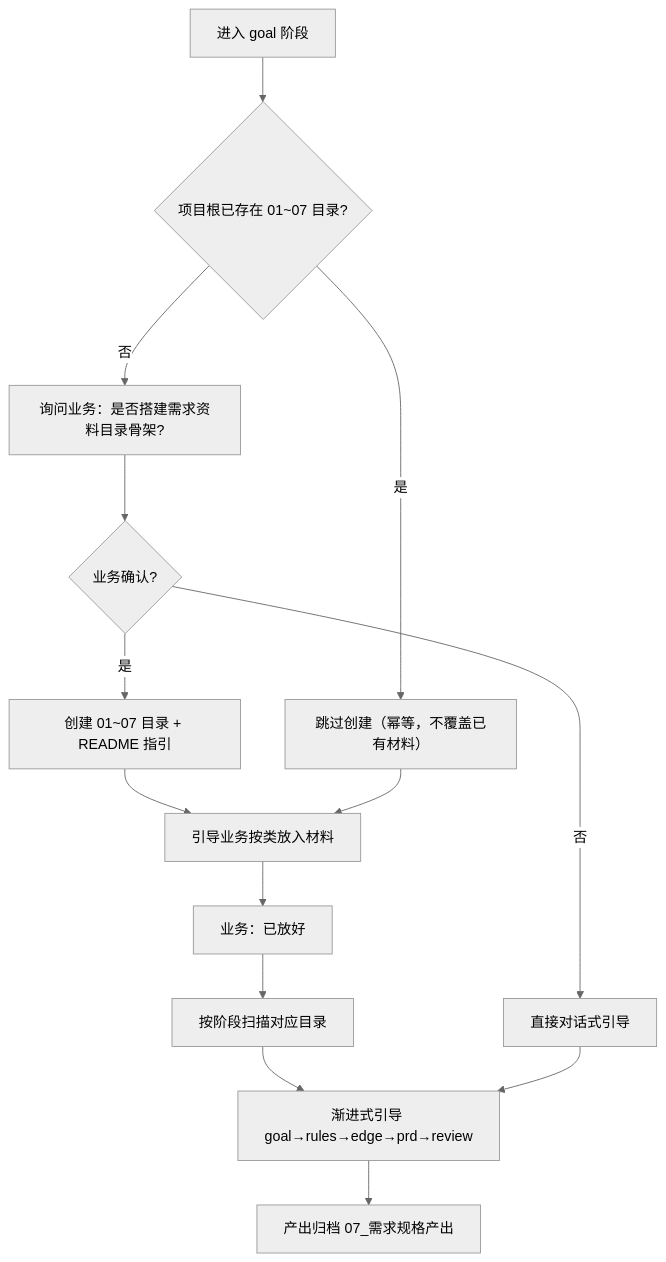
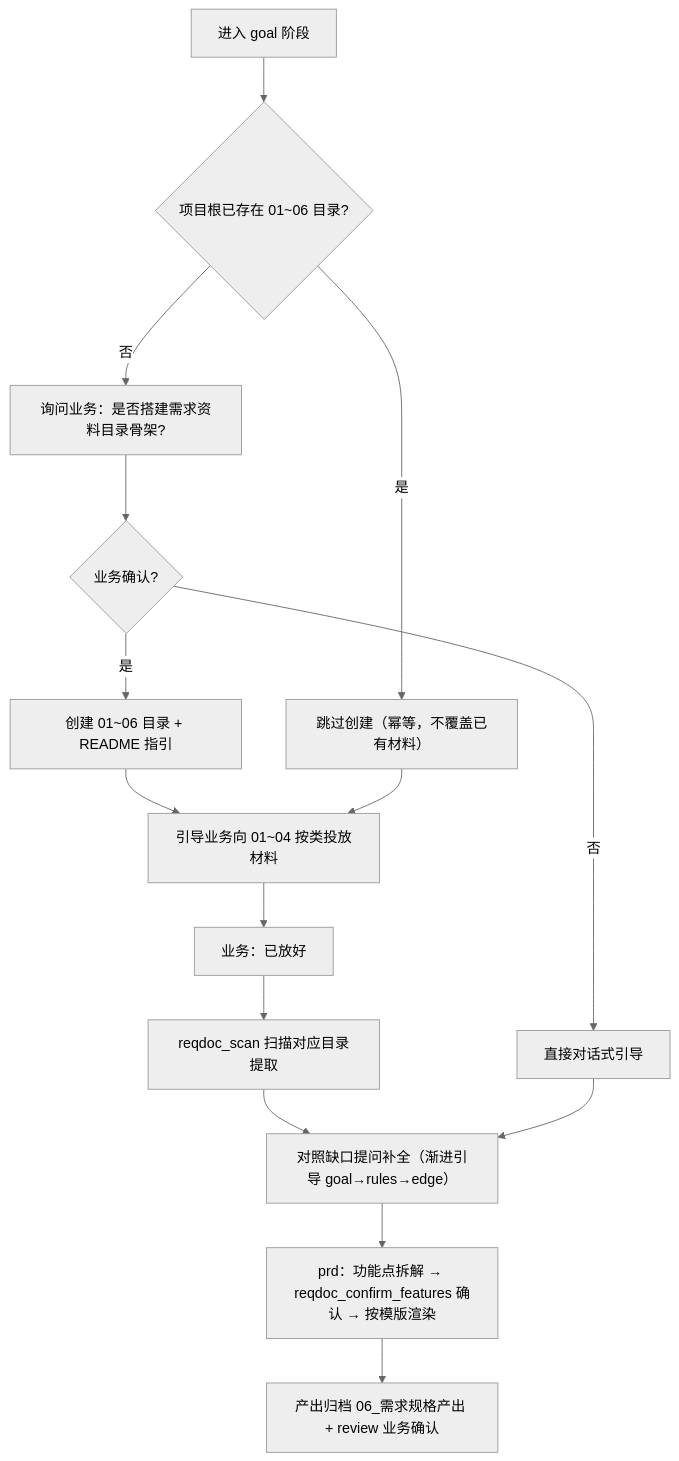
One commit to wonglaitung/opencode changed diagram 16 of 16 in opencode-session-mgmt/docs/session-management.md. Above: the diagram before and after it, drawn with Mermaid (neutral theme). The commit also changed other lines of this file and 13 other files, not shown here.

First line of the commit message:
feat(reqdoc): 重构为双通道 + 功能点拆解（辅助业务写需求）

````diff
--- a/opencode-session-mgmt/docs/session-management.md
+++ b/opencode-session-mgmt/docs/session-management.md
@@ -1443,16 +1447,17 @@
 ```mermaid
 flowchart TD
-    A["进入 goal 阶段"] --> B{"项目根已存在 01~07 目录?"}
+    A["进入 goal 阶段"] --> B{"项目根已存在 01~06 目录?"}
     B -- "否" --> C["询问业务：是否搭建需求资料目录骨架?"]
     C --> D{"业务确认?"}
-    D -- "是" --> E["创建 01~07 目录 + README 指引"]
+    D -- "是" --> E["创建 01~06 目录 + README 指引"]
     D -- "否" --> F["直接对话式引导"]
     B -- "是" --> G["跳过创建（幂等，不覆盖已有材料）"]
-    E --> H["引导业务按类放入材料"]
+    E --> H["引导业务向 01~04 按类投放材料"]
     G --> H
     H --> I["业务：已放好"]
-    I --> J["按阶段扫描对应目录"]
-    J --> K["渐进式引导 goal→rules→edge→prd→review"]
+    I --> J["reqdoc_scan 扫描对应目录提取"]
+    J --> K["对照缺口提问补全（渐进引导 goal→rules→edge）"]
     F --> K
-    K --> L["产出归档 07_需求规格产出"]
+    K --> L["prd：功能点拆解 → reqdoc_confirm_features 确认 → 按模版渲染"]
+    L --> M["产出归档 06_需求规格产出 + review 业务确认"]
 ```
````
